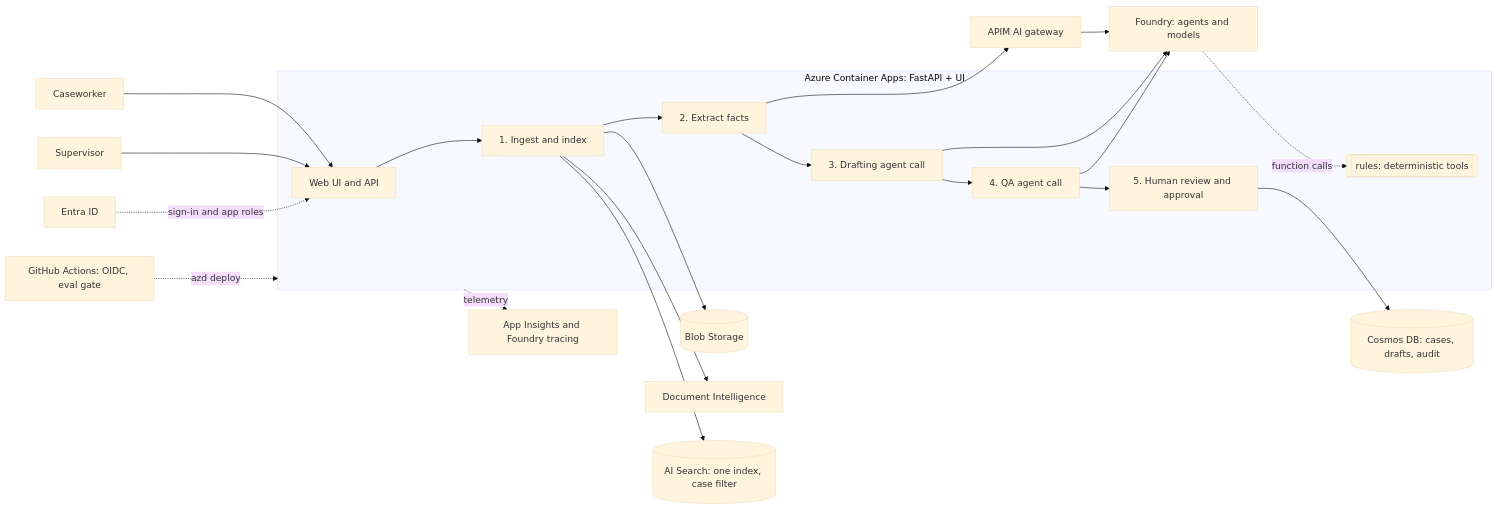
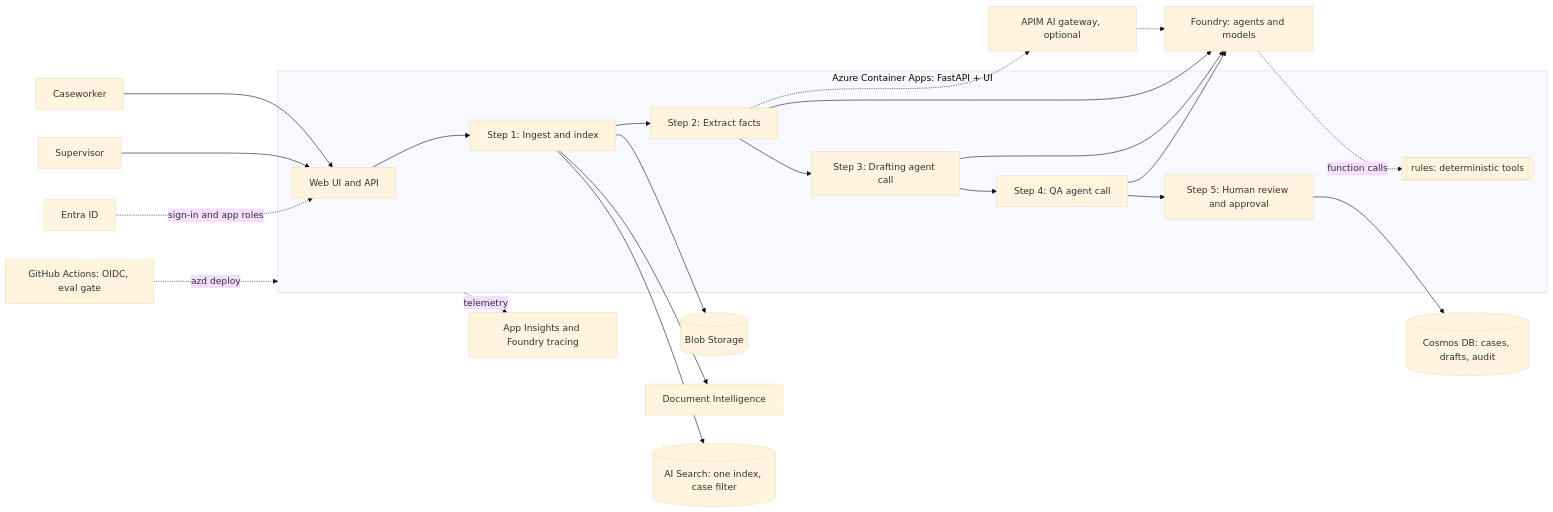
Before and after one commit to albitusha-create/case-assessment-assistant: the first of 2 diagrams in docs/architecture.md, drawn with Mermaid (base theme). The commit also changed other lines of this file and 14 other files, not shown here.

````diff
--- a/docs/architecture.md
+++ b/docs/architecture.md
@@ -5,25 +5,26 @@
 ```mermaid
 flowchart LR
     CW[Caseworker] --> UI
     SV[Supervisor] --> UI
     subgraph ACA[Azure Container Apps: FastAPI + UI]
-        UI[Web UI and API] --> ING[1. Ingest and index]
-        ING --> EXT[2. Extract facts]
-        EXT --> DRA[3. Drafting agent call]
-        DRA --> QA[4. QA agent call]
-        QA --> REV[5. Human review and approval]
+        UI[Web UI and API] --> ING[Step 1: Ingest and index]
+        ING --> EXT[Step 2: Extract facts]
+        EXT --> DRA[Step 3: Drafting agent call]
+        DRA --> QA[Step 4: QA agent call]
+        QA --> REV[Step 5: Human review and approval]
         RULES[[rules: deterministic tools]]
     end
     ING --> BLOB[(Blob Storage)]
     ING --> DI[Document Intelligence]
     ING --> SRCH[(AI Search: one index, case filter)]
-    EXT --> APIM[APIM AI gateway]
-    APIM --> FDY[Foundry: agents and models]
+    EXT --> FDY[Foundry: agents and models]
+    EXT -.-> APIM[APIM AI gateway, optional]
+    APIM -.-> FDY
     DRA --> FDY
     QA --> FDY
     FDY -. function calls .-> RULES
     REV --> COS[(Cosmos DB: cases, drafts, audit)]
     ACA -. telemetry .-> AI[App Insights and Foundry tracing]
     ENTRA[Entra ID] -. sign-in and app roles .-> UI
     GH[GitHub Actions: OIDC, eval gate] -. azd deploy .-> ACA
 ```
````
